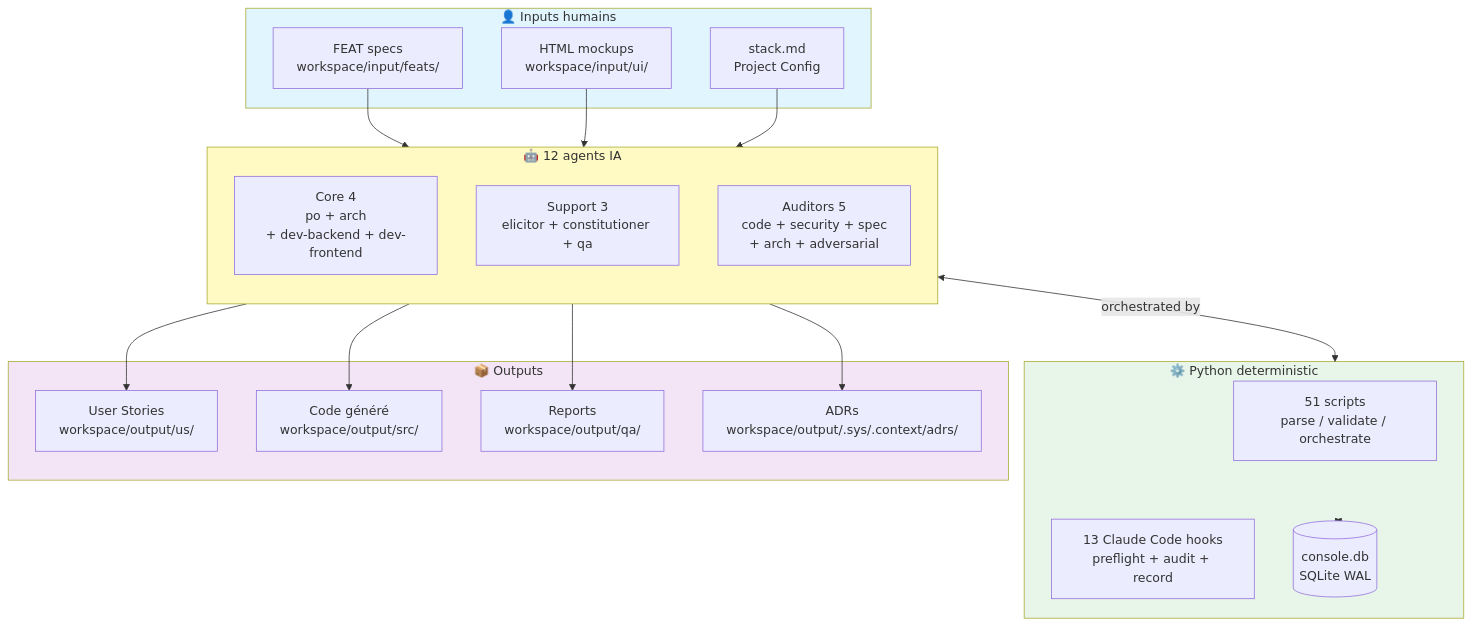
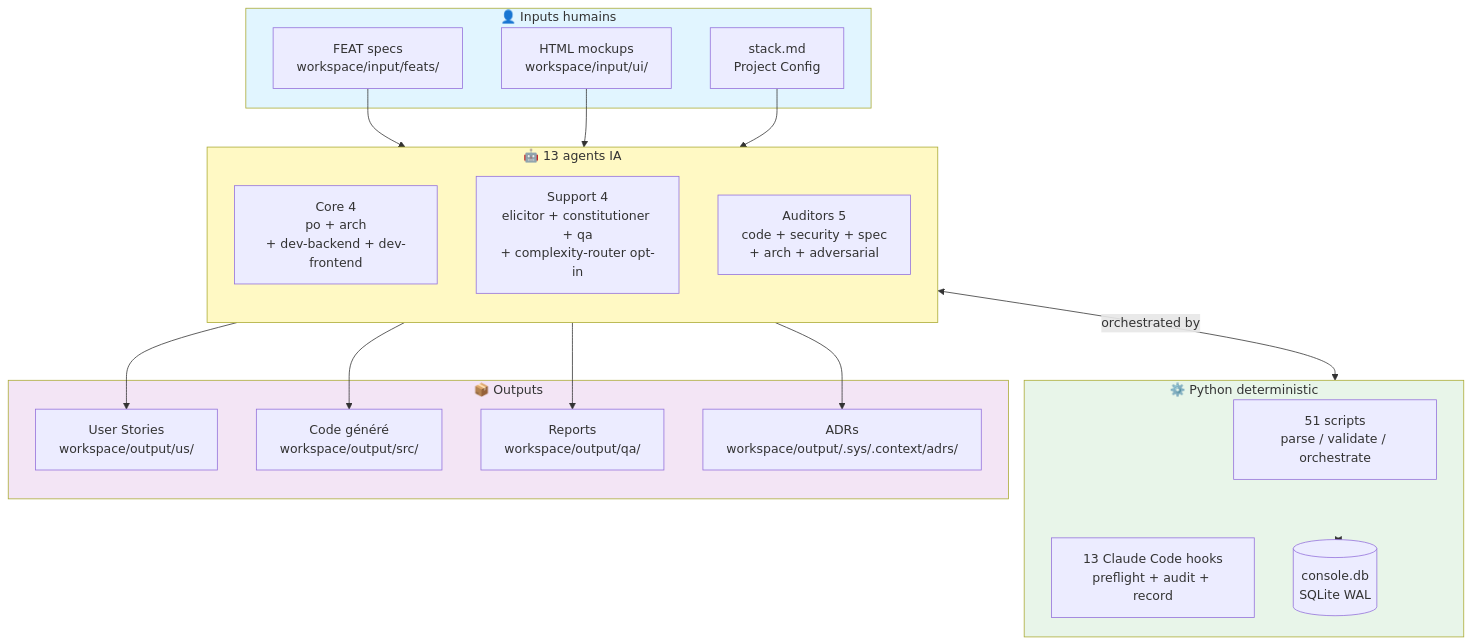
One commit to MOULAYID/AI-Calorie-Tracker changed the first of 3 diagrams in .claude/docs/architecture.md. Above: the diagram before and after it, drawn with Mermaid. The commit also changed other lines of this file and 124 other files, not shown here.

````diff
--- a/.claude/docs/architecture.md
+++ b/.claude/docs/architecture.md
@@ -10,43 +10,43 @@
 ```mermaid
 graph TB
     subgraph Human["👤 Inputs humains"]
         FEAT[FEAT specs<br/>workspace/input/feats/]
         UI[HTML mockups<br/>workspace/input/ui/]
         STACK[stack.md<br/>Project Config]
     end
 
-    subgraph Agents["🤖 12 agents IA"]
+    subgraph Agents["🤖 13 agents IA"]
         direction TB
         CORE[Core 4<br/>po + arch<br/>+ dev-backend + dev-frontend]
-        SUPPORT[Support 3<br/>elicitor + constitutioner + qa]
+        SUPPORT[Support 4<br/>elicitor + constitutioner + qa<br/>+ complexity-router opt-in]
         AUDITORS[Auditors 5<br/>code + security + spec<br/>+ arch + adversarial]
     end
 
     subgraph Determ["⚙️ Python deterministic"]
         SCRIPTS[51 scripts<br/>parse / validate / orchestrate]
         HOOKS[13 Claude Code hooks<br/>preflight + audit + record]
         DB[(console.db<br/>SQLite WAL)]
     end
 
     subgraph Output["📦 Outputs"]
         US[User Stories<br/>workspace/output/us/]
         CODE[Code généré<br/>workspace/output/src/]
         REVIEW[Reports<br/>workspace/output/qa/]
         ADRS[ADRs<br/>workspace/output/.sys/.context/adrs/]
     end
 
     FEAT --> Agents
     UI --> Agents
     STACK --> Agents
     Agents --> US
     Agents --> CODE
     Agents --> REVIEW
     Agents --> ADRS
     Agents <-->|orchestrated by| Determ
     Determ <--> DB
 
     style Human fill:#e1f5ff
     style Agents fill:#fff9c4
     style Determ fill:#e8f5e9
     style Output fill:#f3e5f5
 ```
````
